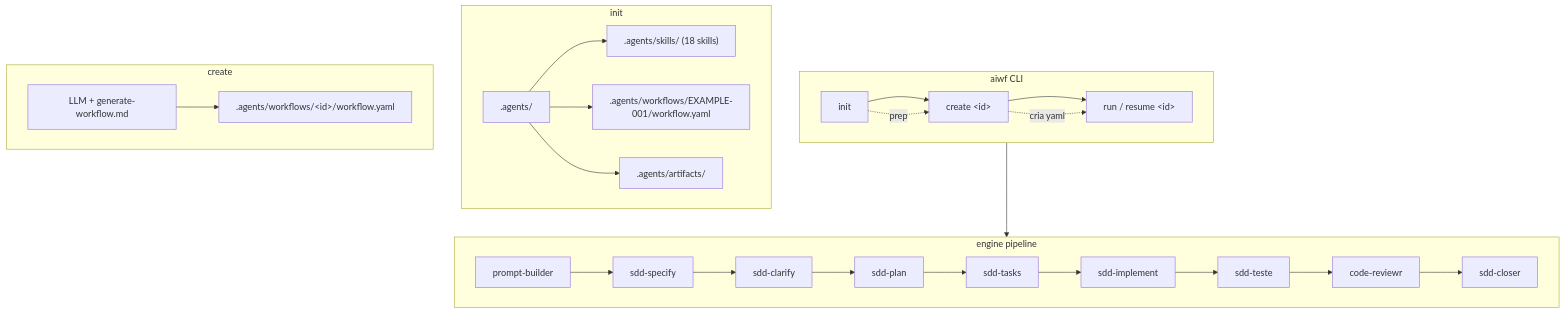
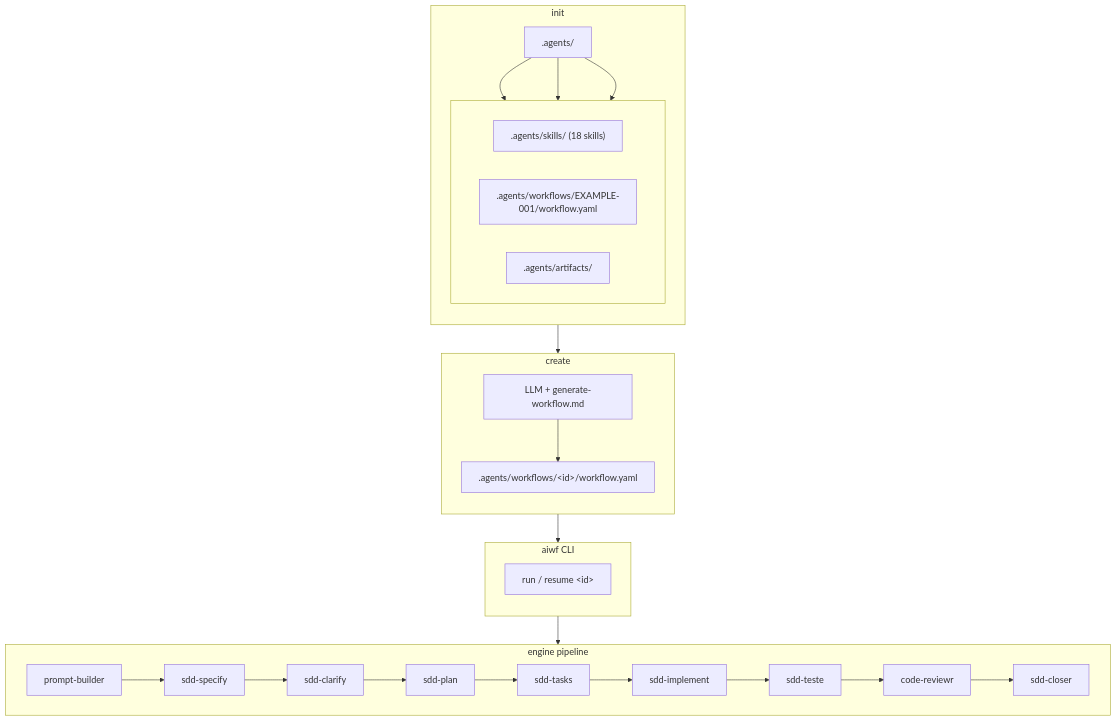
The diagram in aiwf-fluxo.mmd (DeysiLopes/aiwf), drawn with Mermaid before and after one commit. The commit also changed 1 other file, not shown here.

Commit message:
chore: restructure flowchart for agent mode with improved layout

```diff
--- a/aiwf-fluxo.mmd
+++ b/aiwf-fluxo.mmd
@@ -1,39 +1,46 @@
-flowchart TD
-  subgraph CLI["aiwf CLI"]
-    direction LR
-    init["init"] --> create["create &lt;id&gt;"]
-    create --> run["run / resume &lt;id&gt;"]
-  end
+flowchart TB
 
   subgraph INIT["init"]
+    direction TB
     AGENTS[".agents/"]
-    SKILLS[".agents/skills/ (18 skills)"]
-    EXAMPLE[".agents/workflows/EXAMPLE-001/workflow.yaml"]
-    ARTIFACTS[".agents/artifacts/"]
+
+    subgraph AGENT_BRANCHES[" "]
+      direction LR
+      SKILLS[".agents/skills/ (18 skills)"]
+      EXAMPLE[".agents/workflows/EXAMPLE-001/workflow.yaml"]
+      ARTIFACTS[".agents/artifacts/"]
+    end
+
     AGENTS --> SKILLS
     AGENTS --> EXAMPLE
     AGENTS --> ARTIFACTS
   end
 
   subgraph CREATE["create"]
+    direction TB
     LLM_CMD["LLM + generate-workflow.md"]
     GENERATED[".agents/workflows/&lt;id&gt;/workflow.yaml"]
     LLM_CMD --> GENERATED
   end
 
+  subgraph CLI["aiwf CLI"]
+    direction TB
+    RUN["run / resume &lt;id&gt;"]
+  end
+
   subgraph ENGINE["engine pipeline"]
+    direction LR
     PB["prompt-builder"]
     SP["sdd-specify"]
     CL["sdd-clarify"]
     PL["sdd-plan"]
     TK["sdd-tasks"]
     IM["sdd-implement"]
     TE["sdd-teste"]
     CR["code-reviewr"]
     CLO["sdd-closer"]
     PB --> SP --> CL --> PL --> TK --> IM --> TE --> CR --> CLO
   end
 
-  init -.->|prep| create
-  create -.->|cria yaml| run
-  run --> ENGINE
+  INIT --> CREATE --> CLI
+  CLI --> ENGINE
```
